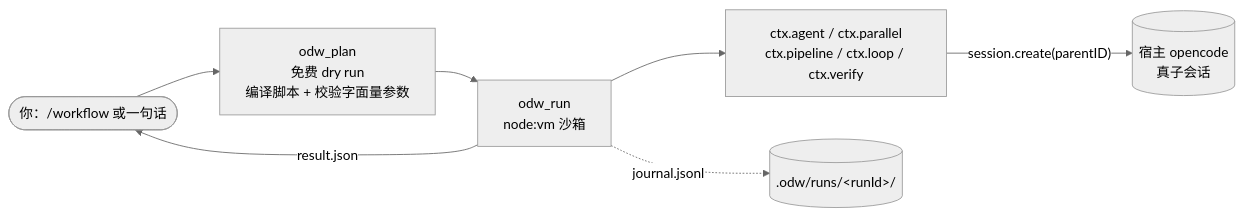
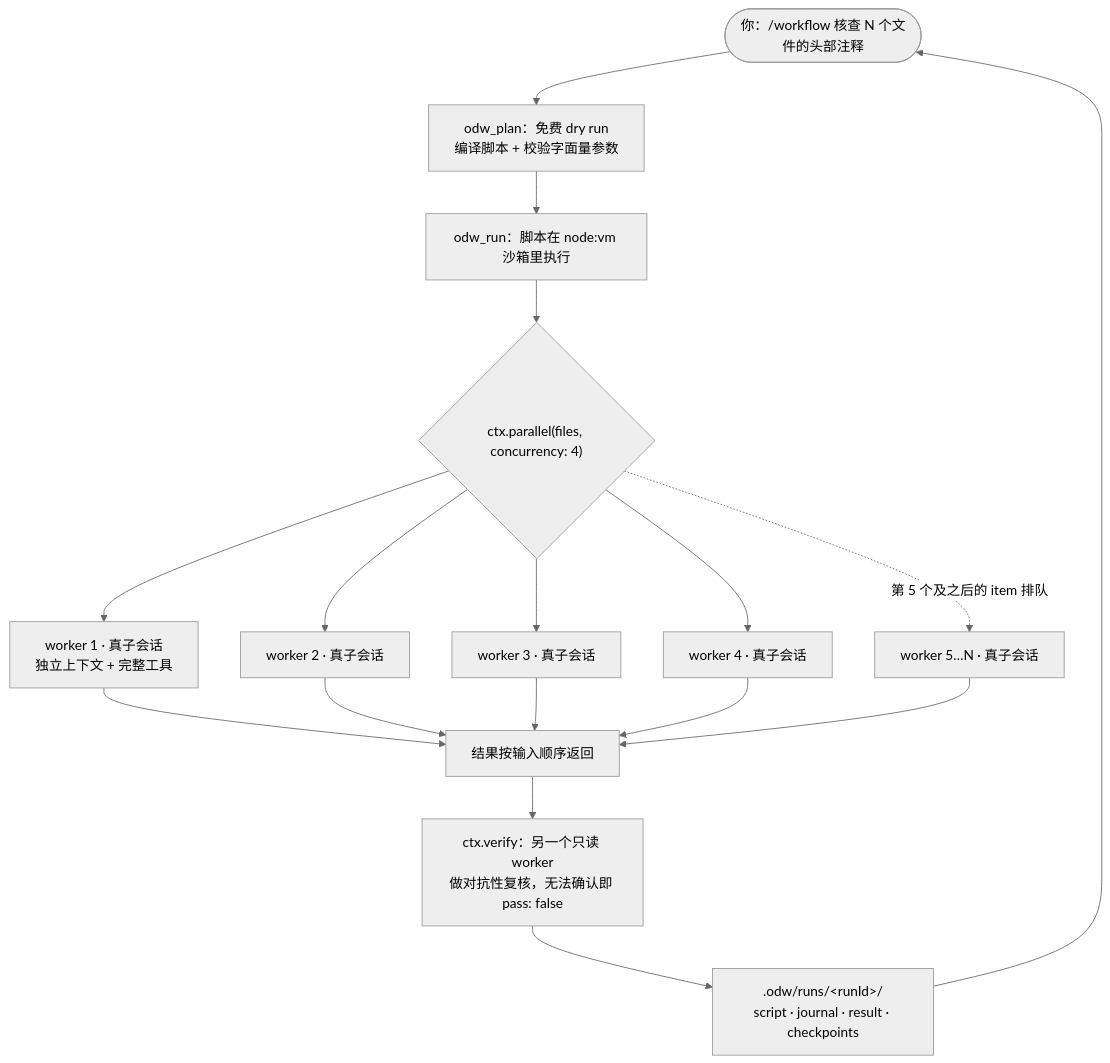
The diagram in README.zh-CN.md (wishflow/opencode-dynamic-workflow), drawn with Mermaid (neutral theme) before and after one commit. The commit also changed other lines of this file, not shown here.

````diff
--- a/README.zh-CN.md
+++ b/README.zh-CN.md
@@ -92,9 +40,19 @@
 ```mermaid
-flowchart LR
-    you(["你：/workflow 或一句话"]) --> plan["odw_plan<br/>免费 dry run<br/>编译脚本 + 校验字面量参数"]
-    plan --> run["odw_run<br/>node:vm 沙箱"]
-    run --> prim["ctx.agent / ctx.parallel<br/>ctx.pipeline / ctx.loop / ctx.verify"]
-    prim -->|"session.create(parentID)"| subs[("宿主 opencode<br/>真子会话")]
-    run -.->|"journal.jsonl"| disk[(".odw/runs/&lt;runId&gt;/")]
-    run -->|"result.json"| you
+flowchart TB
+    you(["你：/workflow 核查 N 个文件的头部注释"]) --> plan["odw_plan：免费 dry run<br/>编译脚本 + 校验字面量参数"]
+    plan --> run["odw_run：脚本在 node:vm 沙箱里执行"]
+    run --> fan{"ctx.parallel(files, concurrency: 4)"}
+    fan --> w1["worker 1 · 真子会话<br/>独立上下文 + 完整工具"]
+    fan --> w2["worker 2 · 真子会话"]
+    fan --> w3["worker 3 · 真子会话"]
+    fan --> w4["worker 4 · 真子会话"]
+    fan -.->|"第 5 个及之后的 item 排队"| w5["worker 5…N · 真子会话"]
+    w1 --> reduce["结果按输入顺序返回"]
+    w2 --> reduce
+    w3 --> reduce
+    w4 --> reduce
+    w5 --> reduce
+    reduce --> verify["ctx.verify：另一个只读 worker<br/>做对抗性复核，无法确认即 pass: false"]
+    verify --> art[".odw/runs/&lt;runId&gt;/<br/>script · journal · result · checkpoints"]
+    art --> you
 ```
````
